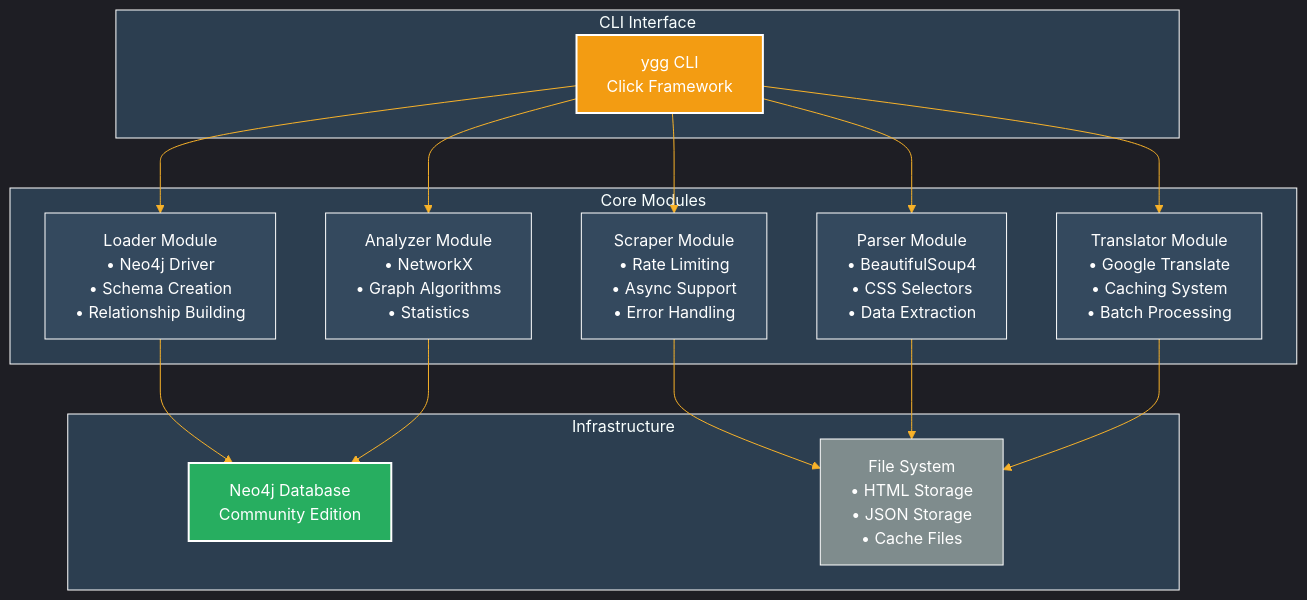
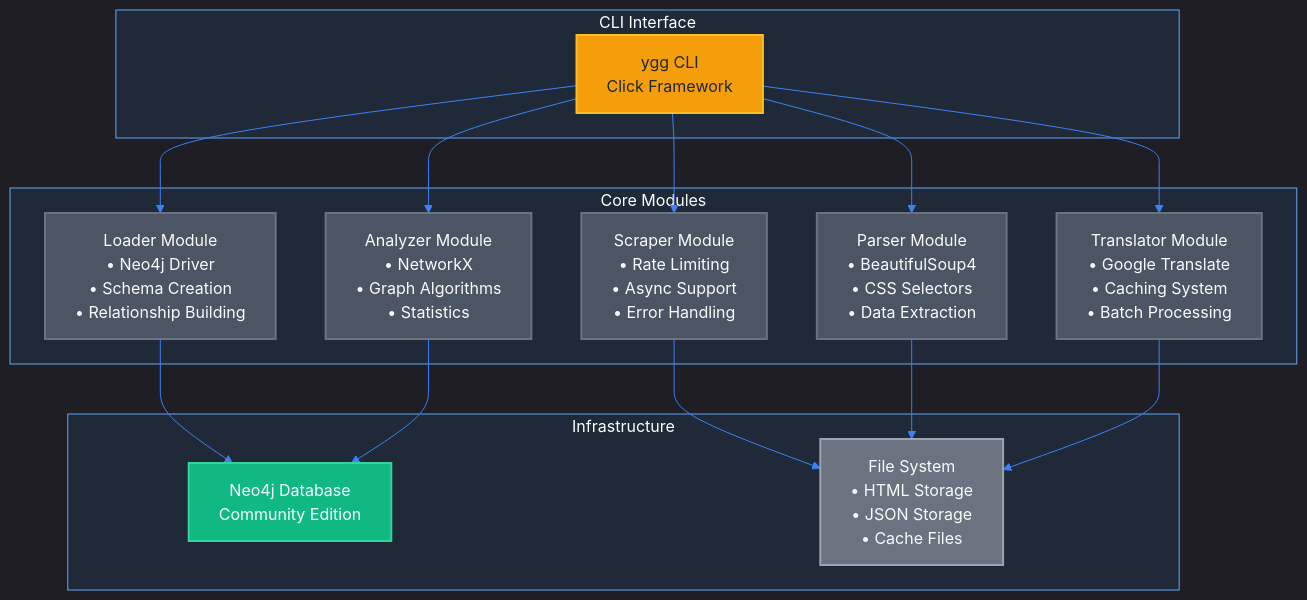
Before and after one commit to Ricoledan/digimon-knowledge-graph: the third of 5 diagrams in CLAUDE.md, drawn with Mermaid. The commit also changed other lines of this file, not shown here.

Commit message:
add diagrams

````diff
--- a/CLAUDE.md
+++ b/CLAUDE.md
@@ -198,42 +198,42 @@
 ```mermaid
-%%{init: {'theme':'dark', 'themeVariables': { 'primaryColor':'#1a1a1a', 'primaryTextColor':'#fff', 'primaryBorderColor':'#7C0000', 'lineColor':'#F8B229', 'secondaryColor':'#006100', 'tertiaryColor':'#2c3e50', 'background':'#1a1a1a', 'mainBkg':'#1a1a1a', 'secondBkg':'#2c3e50', 'tertiaryBkg':'#34495e', 'primaryBorderColor':'#fff', 'secondaryBorderColor':'#fff', 'tertiaryBorderColor':'#fff', 'clusterBkg':'#2c3e50', 'clusterBorder':'#fff', 'fontFamily':'monospace'}}}%%
+%%{init: {'theme':'dark', 'themeVariables': { 'primaryColor':'#1f2937', 'primaryTextColor':'#f9fafb', 'primaryBorderColor':'#60a5fa', 'lineColor':'#3b82f6', 'secondaryColor':'#059669', 'tertiaryColor':'#374151', 'background':'#111827', 'mainBkg':'#1f2937', 'secondBkg':'#374151', 'tertiaryBkg':'#4b5563', 'primaryBorderColor':'#60a5fa', 'secondaryBorderColor':'#10b981', 'tertiaryBorderColor':'#6366f1', 'clusterBkg':'#1f2937', 'clusterBorder':'#60a5fa', 'fontFamily':'monospace'}}}%%
 graph TB
     subgraph CI["CLI Interface"]
         CLI[ygg CLI<br/>Click Framework]
     end
     
     subgraph CM["Core Modules"]
         SCR[Scraper Module<br/>• Rate Limiting<br/>• Async Support<br/>• Error Handling]
         PRS[Parser Module<br/>• BeautifulSoup4<br/>• CSS Selectors<br/>• Data Extraction]
         TRN[Translator Module<br/>• Google Translate<br/>• Caching System<br/>• Batch Processing]
         LDR[Loader Module<br/>• Neo4j Driver<br/>• Schema Creation<br/>• Relationship Building]
         ANL[Analyzer Module<br/>• NetworkX<br/>• Graph Algorithms<br/>• Statistics]
     end
     
     subgraph IN["Infrastructure"]
         NEO[Neo4j Database<br/>Community Edition]
         FS[File System<br/>• HTML Storage<br/>• JSON Storage<br/>• Cache Files]
     end
     
     CLI --> SCR
     CLI --> PRS
     CLI --> TRN
     CLI --> LDR
     CLI --> ANL
     
     SCR --> FS
     PRS --> FS
     TRN --> FS
     LDR --> NEO
     ANL --> NEO
     
-    classDef cli fill:#f39c12,stroke:#fff,stroke-width:2px,color:#fff
-    classDef neo fill:#27ae60,stroke:#fff,stroke-width:2px,color:#fff
-    classDef module fill:#34495e,stroke:#fff,stroke-width:1px,color:#fff
-    classDef files fill:#7f8c8d,stroke:#fff,stroke-width:1px,color:#fff
+    classDef cli fill:#f59e0b,stroke:#fbbf24,stroke-width:2px,color:#1f2937
+    classDef neo fill:#10b981,stroke:#34d399,stroke-width:2px,color:#f9fafb
+    classDef module fill:#4b5563,stroke:#6b7280,stroke-width:2px,color:#f9fafb
+    classDef files fill:#6b7280,stroke:#9ca3af,stroke-width:2px,color:#f9fafb
     
     class CLI cli
     class NEO neo
     class SCR,PRS,TRN,LDR,ANL module
     class FS files
 ```
````
